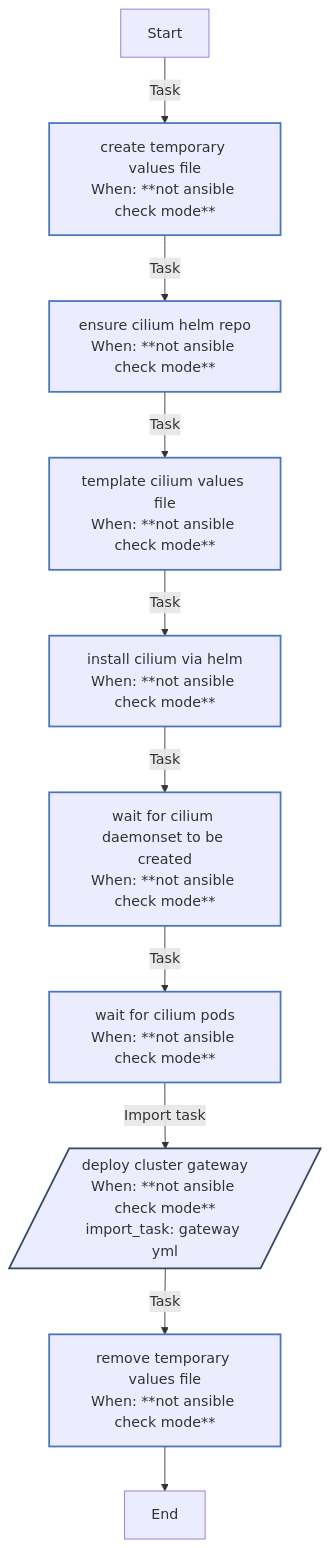
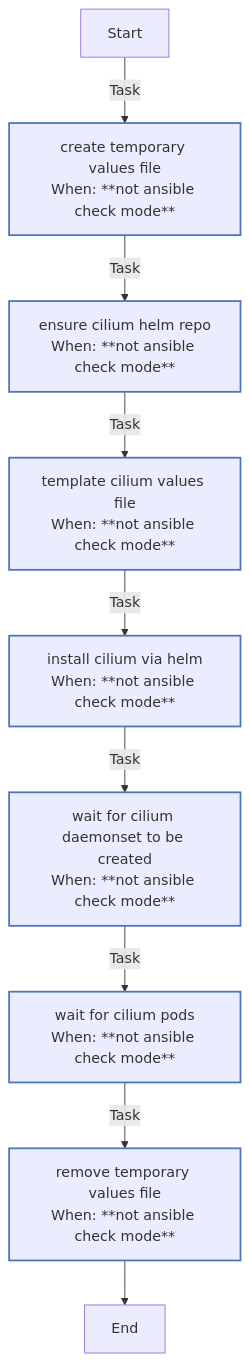
The diagram in roles/cilium/README.md (rou-cru/k3s-homelab), drawn with Mermaid before and after one commit. The commit also changed other lines of this file and 23 other files, not shown here.

````diff
--- a/roles/cilium/README.md
+++ b/roles/cilium/README.md
@@ -156,22 +130,21 @@
 ```mermaid
 flowchart TD
 Start
 classDef block stroke:#3498db,stroke-width:2px;
 classDef task stroke:#4b76bb,stroke-width:2px;
 classDef includeTasks stroke:#16a085,stroke-width:2px;
 classDef importTasks stroke:#34495e,stroke-width:2px;
 classDef includeRole stroke:#2980b9,stroke-width:2px;
 classDef importRole stroke:#699ba7,stroke-width:2px;
 classDef includeVars stroke:#8e44ad,stroke-width:2px;
 classDef rescue stroke:#665352,stroke-width:2px;
 
   Start-->|Task| Create_temporary_values_file0[create temporary values file<br>When: **not ansible check mode**]:::task
   Create_temporary_values_file0-->|Task| Ensure_Cilium_Helm_repo1[ensure cilium helm repo<br>When: **not ansible check mode**]:::task
   Ensure_Cilium_Helm_repo1-->|Task| Template_Cilium_values_file2[template cilium values file<br>When: **not ansible check mode**]:::task
   Template_Cilium_values_file2-->|Task| Install_Cilium_via_Helm3[install cilium via helm<br>When: **not ansible check mode**]:::task
   Install_Cilium_via_Helm3-->|Task| Wait_for_Cilium_DaemonSet_to_be_created4[wait for cilium daemonset to be created<br>When: **not ansible check mode**]:::task
   Wait_for_Cilium_DaemonSet_to_be_created4-->|Task| Wait_for_cilium_pods5[wait for cilium pods<br>When: **not ansible check mode**]:::task
-  Wait_for_cilium_pods5-->|Import task| Deploy_Cluster_Gateway_gateway_yml_6[/deploy cluster gateway<br>When: **not ansible check mode**<br>import_task: gateway yml/]:::importTasks
-  Deploy_Cluster_Gateway_gateway_yml_6-->|Task| Remove_temporary_values_file7[remove temporary values file<br>When: **not ansible check mode**]:::task
-  Remove_temporary_values_file7-->End
+  Wait_for_cilium_pods5-->|Task| Remove_temporary_values_file6[remove temporary values file<br>When: **not ansible check mode**]:::task
+  Remove_temporary_values_file6-->End
 ```
````
